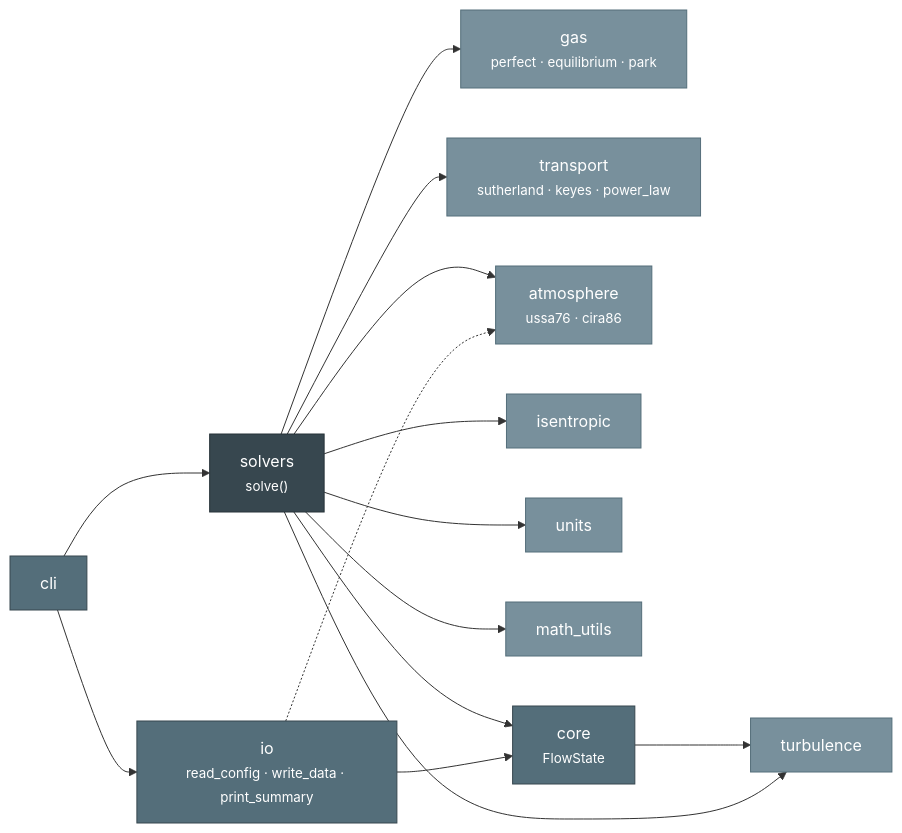
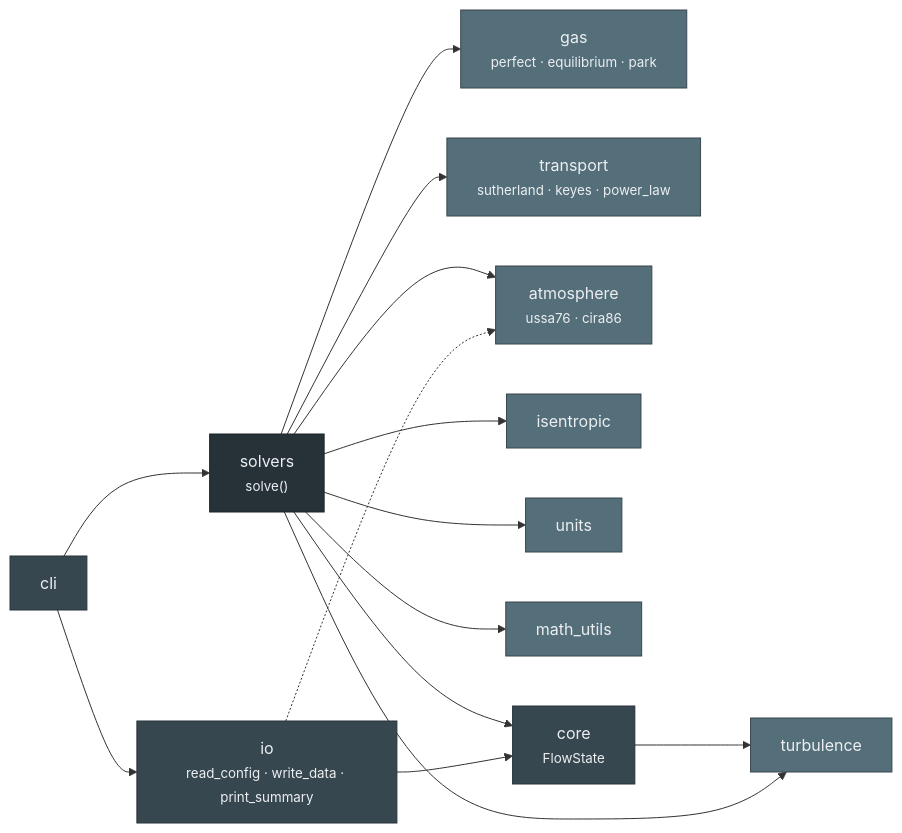
One commit to uahypersonics/flow_state changed the diagram in docs/api/index.md. Above: the diagram before and after it, drawn with Mermaid. The commit also changed other lines of this file, not shown here.

Commit message:
increase mermaid contrast, add view-in-browser button for SVG

````diff
--- a/docs/api/index.md
+++ b/docs/api/index.md
@@ -7,46 +7,46 @@
 ``` mermaid
 graph LR
 
     %% ---- leaf modules (no internal deps) ----
     gas["gas<br/><small>perfect · equilibrium · park</small>"]
     transport["transport<br/><small>sutherland · keyes · power_law</small>"]
     atmosphere["atmosphere<br/><small>ussa76 · cira86</small>"]
     isentropic["isentropic"]
     turbulence["turbulence"]
     units["units"]
     math_utils["math_utils"]
 
     %% ---- core ----
     core["core<br/><small>FlowState</small>"]
     core --> turbulence
 
     %% ---- solvers (central hub) ----
     solvers["solvers<br/><small>solve()</small>"]
     solvers --> core
     solvers --> gas
     solvers --> transport
     solvers --> atmosphere
     solvers --> isentropic
     solvers --> turbulence
     solvers --> units
     solvers --> math_utils
 
     %% ---- io ----
     io["io<br/><small>read_config · write_data · print_summary</small>"]
     io --> core
     io -.-> atmosphere
 
     %% ---- cli ----
     cli["cli"]
     cli --> solvers
     cli --> io
 
     %% ---- styling ----
-    classDef hub fill:#37474f,stroke:#263238,color:#fff
-    classDef mid fill:#546e7a,stroke:#37474f,color:#fff
-    classDef leaf fill:#78909c,stroke:#546e7a,color:#fff
+    classDef hub fill:#263238,stroke:#1a2327,color:#eceff1
+    classDef mid fill:#37474f,stroke:#263238,color:#eceff1
+    classDef leaf fill:#546e7a,stroke:#37474f,color:#eceff1
 
     class solvers hub
     class core,io,cli mid
     class gas,transport,atmosphere,isentropic,turbulence,units,math_utils leaf
 ```
````
